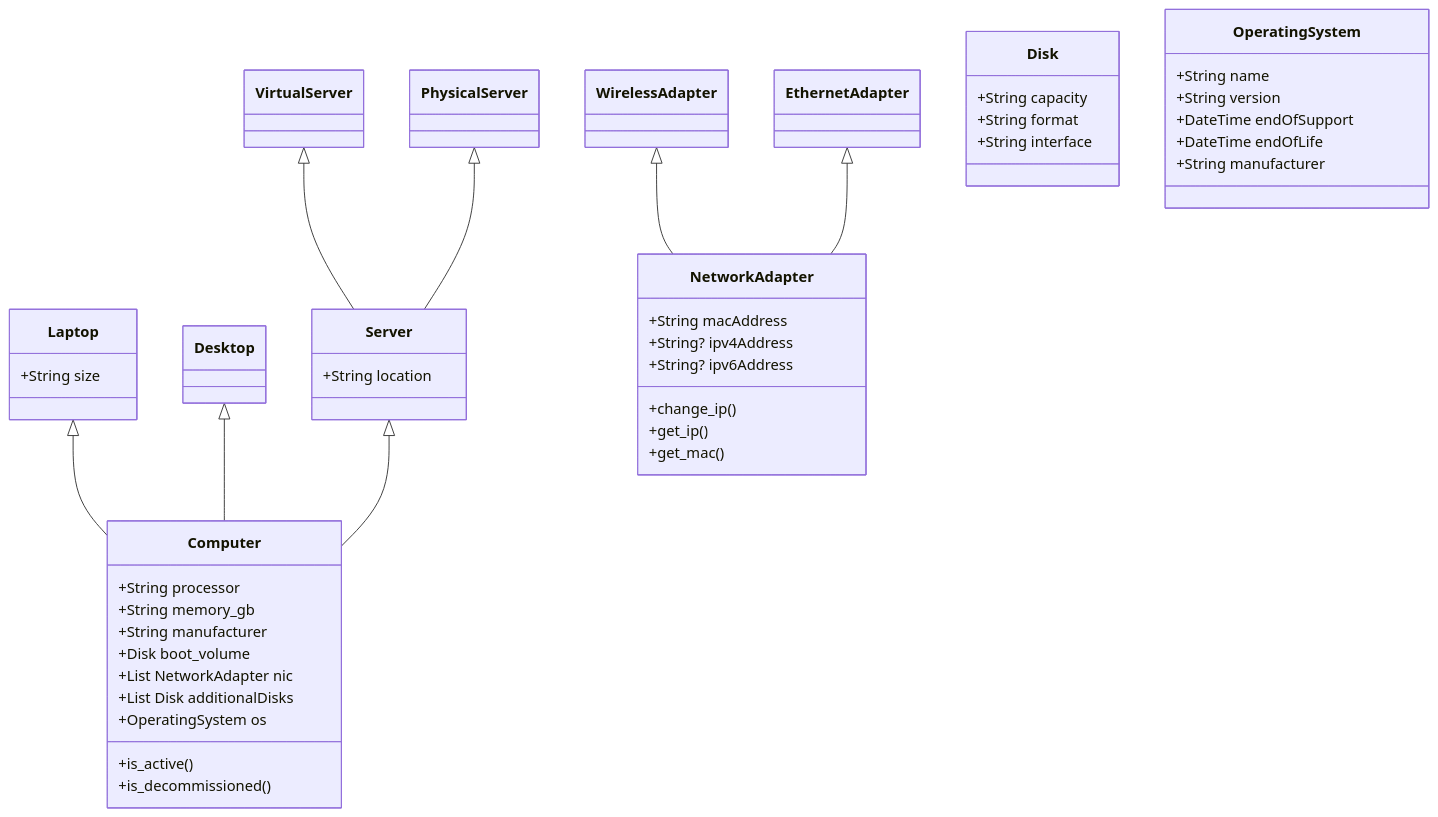
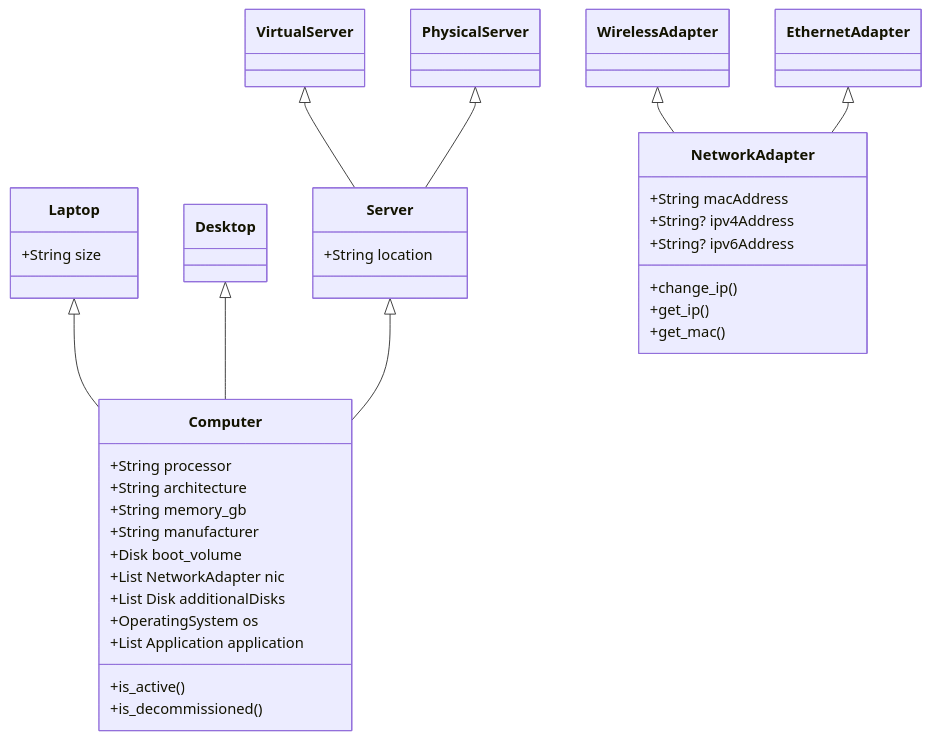
One commit to clsmith70/tech-assayer changed the first of 2 diagrams in README.md. Above: the diagram before and after it, drawn with Mermaid.

Commit message:
Separate objects, simplify viewing

````diff
--- a/README.md
+++ b/README.md
@@ -7,47 +9,35 @@
 ```mermaid
     classDiagram
         Laptop <|-- Computer
         Desktop <|-- Computer
         Server <|-- Computer
         VirtualServer <|-- Server
         PhysicalServer <|-- Server
         Server : +String location
         Laptop : +String size
         WirelessAdapter <|-- NetworkAdapter
         EthernetAdapter <|-- NetworkAdapter
         
         class Computer{
             +String processor
+            +String architecture
             +String memory_gb
             +String manufacturer
             +Disk boot_volume
             +List NetworkAdapter nic
             +List Disk additionalDisks
             +OperatingSystem os
+            +List Application application
             +is_active()
             +is_decommissioned()
         }
 
         class NetworkAdapter {
             +String macAddress
             +String? ipv4Address
             +String? ipv6Address
             +change_ip()
             +get_ip()
             +get_mac()
         }
-
-        class Disk {
-            +String capacity
-            +String format
-            +String interface
-        }
-
-        class OperatingSystem {
-            +String name
-            +String version
-            +DateTime endOfSupport
-            +DateTime endOfLife
-            +String manufacturer
-        }
 ```
````
